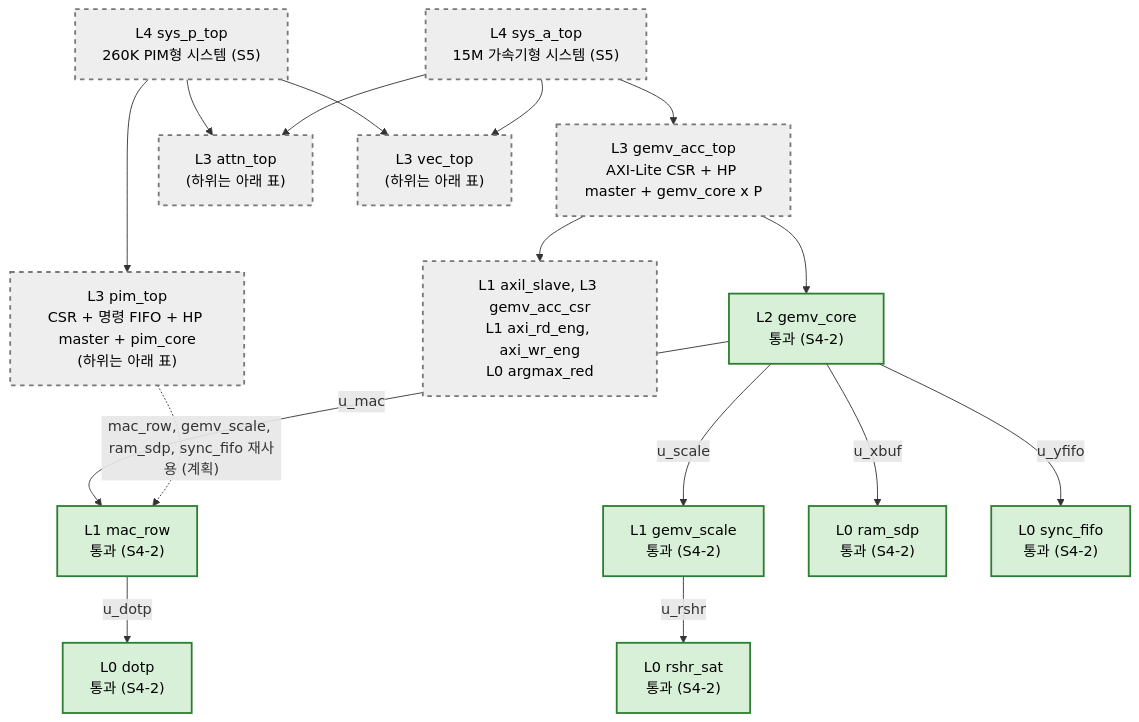
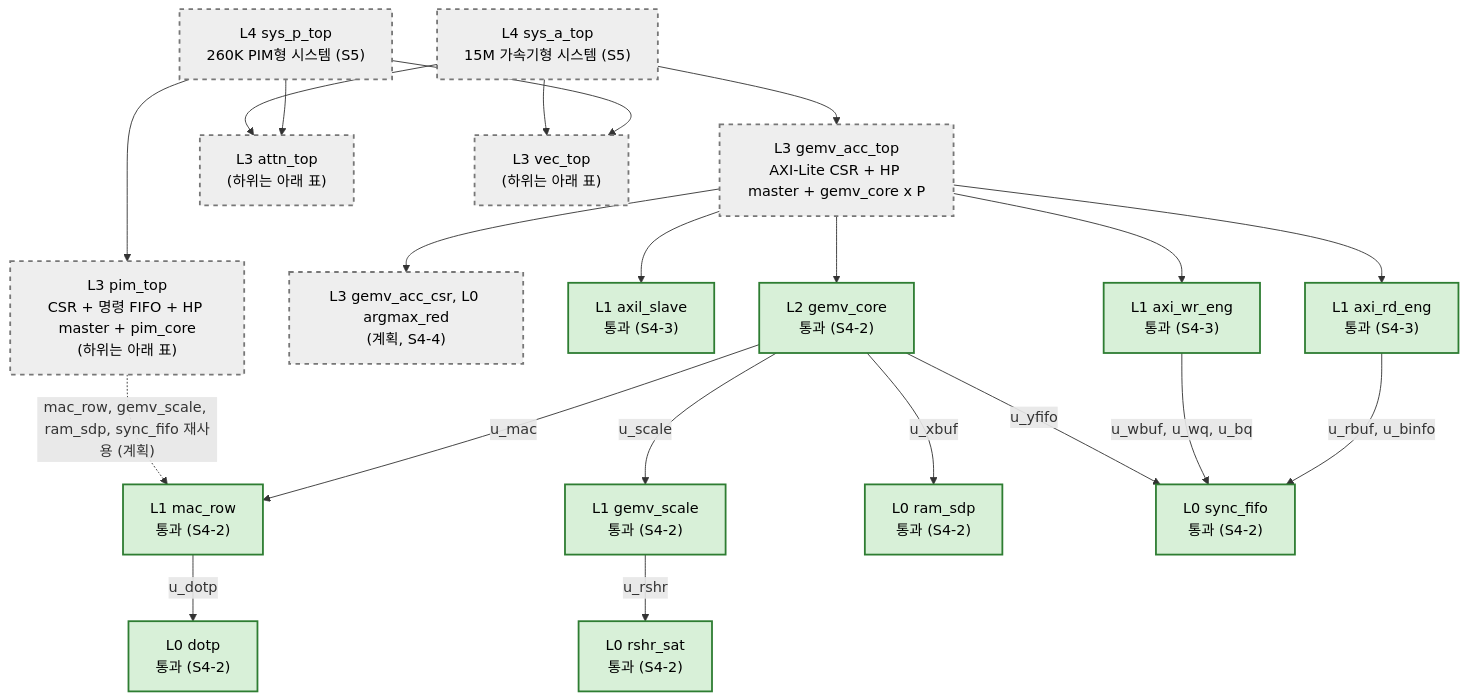
Before and after one commit to oerreo/HW_Projects: the diagram in progress/llm-pim-soc/docs/diagrams/00_hierarchy.md, drawn with Mermaid. The commit also changed other lines of this file and 3 other files, not shown here.

Commit message:
docs(llm-pim-soc): AXI engine and bandwidth test diagrams

````diff
--- a/progress/llm-pim-soc/docs/diagrams/00_hierarchy.md
+++ b/progress/llm-pim-soc/docs/diagrams/00_hierarchy.md
@@ -14,38 +15,46 @@
 ```mermaid
 flowchart TD
     sysp["L4 sys_p_top<br/>260K PIM형 시스템 (S5)"]:::plan
     sysa["L4 sys_a_top<br/>15M 가속기형 시스템 (S5)"]:::plan
 
     acc["L3 gemv_acc_top<br/>AXI-Lite CSR + HP master + gemv_core x P"]:::plan
     pim["L3 pim_top<br/>CSR + 명령 FIFO + HP master + pim_core<br/>(하위는 아래 표)"]:::plan
     attn["L3 attn_top<br/>(하위는 아래 표)"]:::plan
     vec["L3 vec_top<br/>(하위는 아래 표)"]:::plan
 
-    accsub["L1 axil_slave, L3 gemv_acc_csr<br/>L1 axi_rd_eng, axi_wr_eng<br/>L0 argmax_red"]:::plan
+    accsub["L3 gemv_acc_csr, L0 argmax_red<br/>(계획, S4-4)"]:::plan
+    axil["L1 axil_slave<br/>통과 (S4-3)"]:::done
+    rde["L1 axi_rd_eng<br/>통과 (S4-3)"]:::done
+    wre["L1 axi_wr_eng<br/>통과 (S4-3)"]:::done
     core["L2 gemv_core<br/>통과 (S4-2)"]:::done
     mac["L1 mac_row<br/>통과 (S4-2)"]:::done
     scale["L1 gemv_scale<br/>통과 (S4-2)"]:::done
     dotp["L0 dotp<br/>통과 (S4-2)"]:::done
     rshr["L0 rshr_sat<br/>통과 (S4-2)"]:::done
     ram["L0 ram_sdp<br/>통과 (S4-2)"]:::done
     fifo["L0 sync_fifo<br/>통과 (S4-2)"]:::done
 
     sysp --> pim
     sysp --> attn
     sysp --> vec
     sysa --> acc
     sysa --> attn
     sysa --> vec
     acc --> accsub
+    acc --> axil
+    acc --> rde
+    acc --> wre
+    rde -->|"u_rbuf, u_binfo"| fifo
+    wre -->|"u_wbuf, u_wq, u_bq"| fifo
     acc --> core
     core -->|"u_xbuf"| ram
     core -->|"u_mac"| mac
     core -->|"u_scale"| scale
     core -->|"u_yfifo"| fifo
     mac -->|"u_dotp"| dotp
     scale -->|"u_rshr"| rshr
     pim -.->|"mac_row, gemv_scale, ram_sdp, sync_fifo 재사용 (계획)"| mac
 
     classDef done fill:#d8f0d8,stroke:#2e7d32,stroke-width:2px,color:#000
     classDef plan fill:#eeeeee,stroke:#777777,stroke-width:2px,stroke-dasharray:5 5,color:#000
 ```
````
